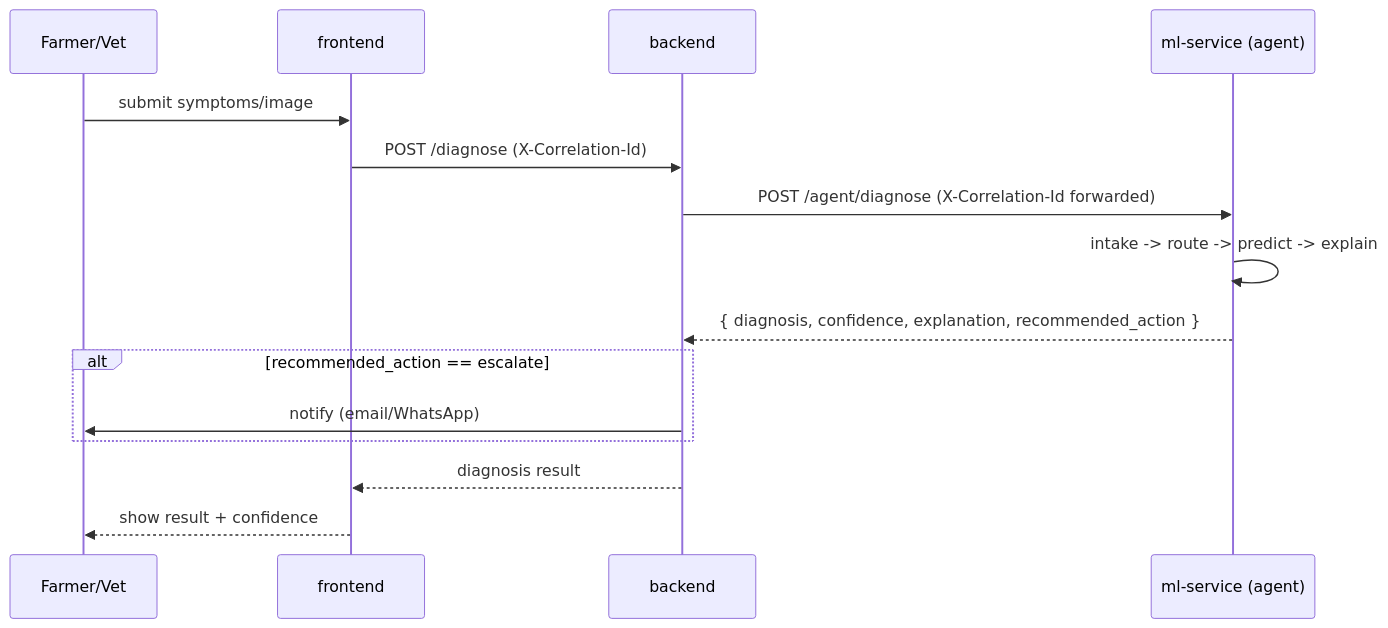
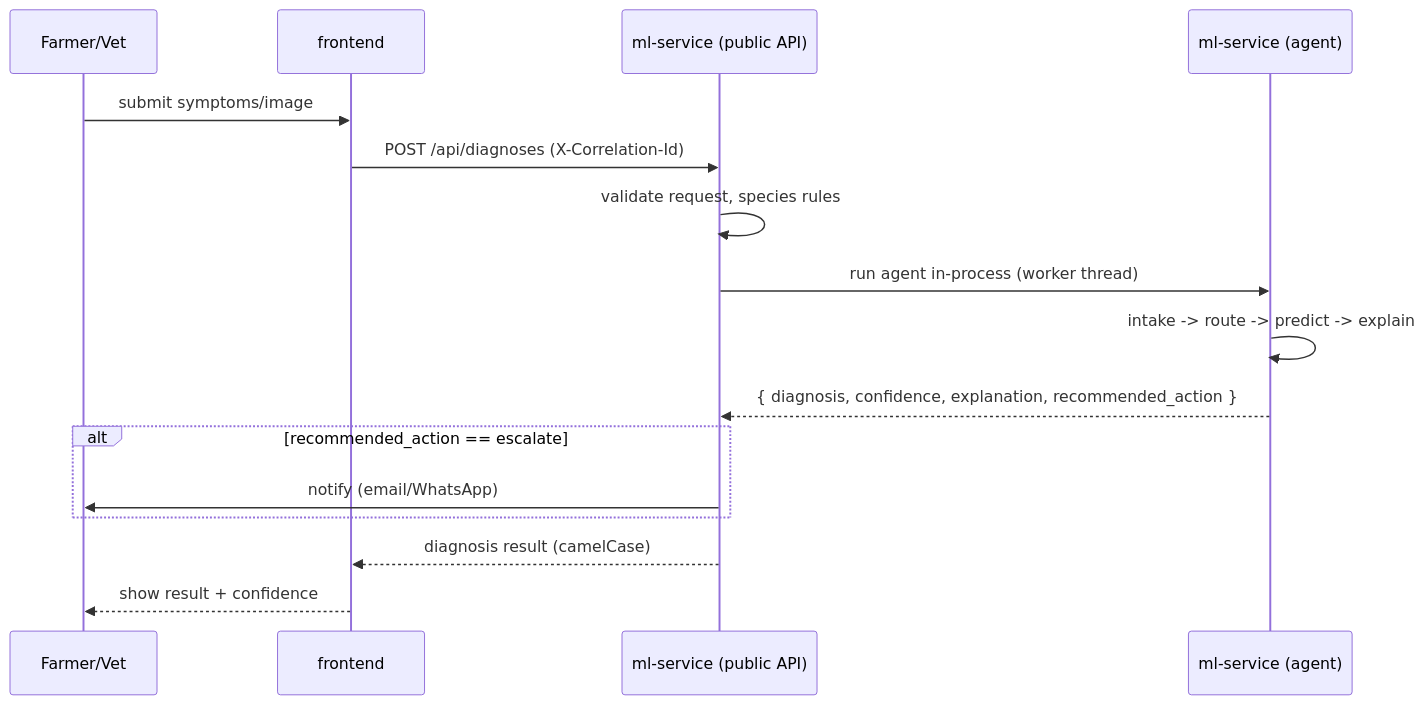
The second of 2 diagrams in docs/ARCHITECTURE.md (arun-codewalnut/Cattle-Disease-Prediction-System), drawn with Mermaid before and after one commit. The commit also changed other lines of this file and 68 other files, not shown here.

````diff
--- a/docs/ARCHITECTURE.md
+++ b/docs/ARCHITECTURE.md
@@ -15,18 +15,19 @@
 ```mermaid
 sequenceDiagram
     participant U as Farmer/Vet
     participant FE as frontend
-    participant BE as backend
+    participant API as ml-service (public API)
     participant ML as ml-service (agent)
 
     U->>FE: submit symptoms/image
-    FE->>BE: POST /diagnose (X-Correlation-Id)
-    BE->>ML: POST /agent/diagnose (X-Correlation-Id forwarded)
+    FE->>API: POST /api/diagnoses (X-Correlation-Id)
+    API->>API: validate request, species rules
+    API->>ML: run agent in-process (worker thread)
     ML->>ML: intake -> route -> predict -> explain
-    ML-->>BE: { diagnosis, confidence, explanation, recommended_action }
+    ML-->>API: { diagnosis, confidence, explanation, recommended_action }
     alt recommended_action == escalate
-        BE->>U: notify (email/WhatsApp)
+        API->>U: notify (email/WhatsApp)
     end
-    BE-->>FE: diagnosis result
+    API-->>FE: diagnosis result (camelCase)
     FE-->>U: show result + confidence
 ```
````
